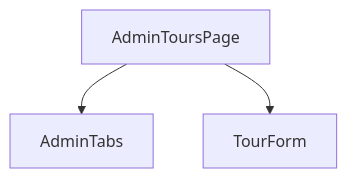
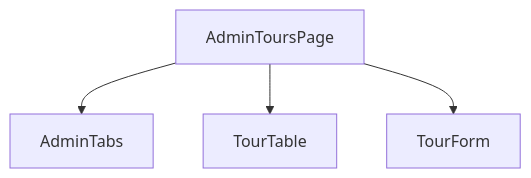
Diagram 11 of 12 in source/_posts/lokiTech-15day-12-project-travel.md (summer10920/summer10920.github.io), drawn with Mermaid before and after one commit. The commit also changed other lines of this file and 1 other file, not shown here.

Commit message:
第 12、13 篇：報名與後續頁面改為 Placeholder 骨架逐步組裝、拆出報名／我的報名／行程表格元件、縮圖改 disabled 調暗

```diff
--- a/source/_posts/lokiTech-15day-12-project-travel.md
+++ b/source/_posts/lokiTech-15day-12-project-travel.md
@@ -4611,4 +4805,5 @@
 {% mermaid graph TD %}
   page["AdminToursPage"] --> tabs["AdminTabs"]
+  page --> table["TourTable"]
   page --> form["TourForm"]
 {% endmermaid %}
```
